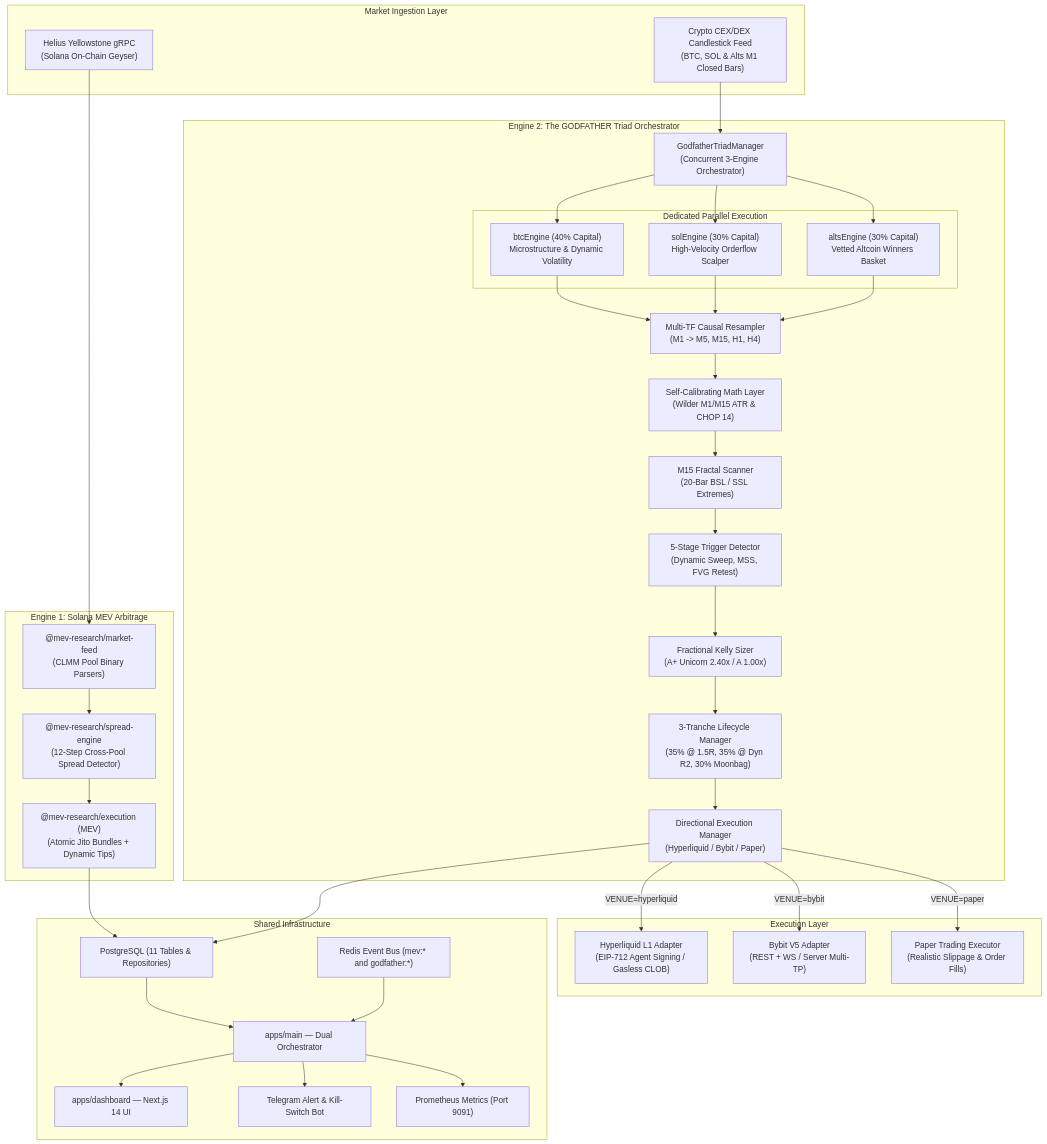
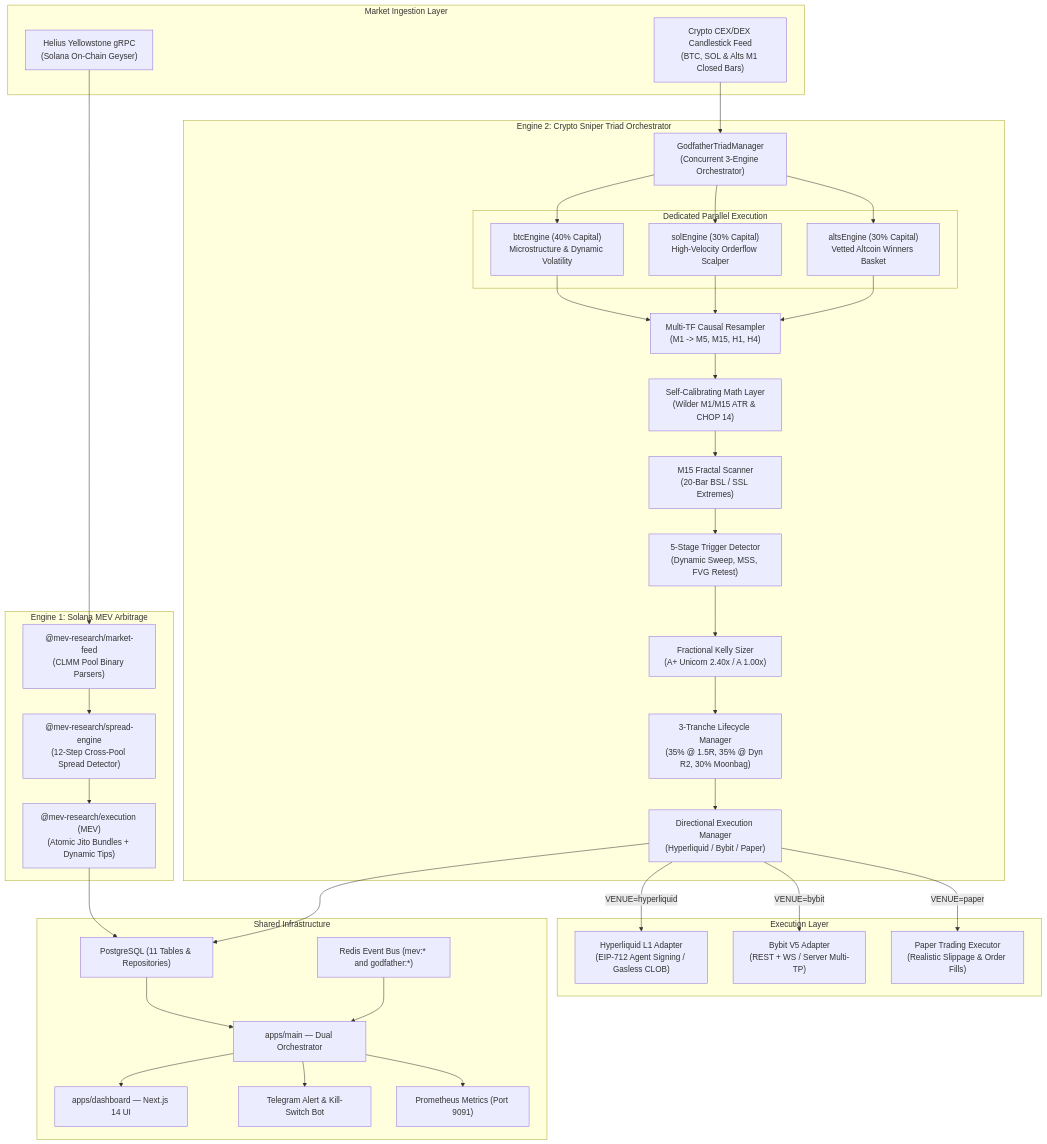
Before and after one commit to techsavvymohan/CryptoSniper: the diagram in README.md, drawn with Mermaid. The commit also changed other lines of this file and 5 other files, not shown here.

Commit message:
docs: rebrand bot title and headings to Crypto Sniper across all markdown documentation

````diff
--- a/README.md
+++ b/README.md
@@ -39,63 +39,63 @@
 ```mermaid
 flowchart TB
   subgraph MarketData [Market Ingestion Layer]
     Helius["Helius Yellowstone gRPC<br/>(Solana On-Chain Geyser)"]
     CryptoWS["Crypto CEX/DEX Candlestick Feed<br/>(BTC, SOL & Alts M1 Closed Bars)"]
   end
 
   subgraph Engine1 [Engine 1: Solana MEV Arbitrage]
     MarketFeed["@mev-research/market-feed<br/>(CLMM Pool Binary Parsers)"]
     SpreadEngine["@mev-research/spread-engine<br/>(12-Step Cross-Pool Spread Detector)"]
     JitoExec["@mev-research/execution (MEV)<br/>(Atomic Jito Bundles + Dynamic Tips)"]
   end
 
-  subgraph Engine2 [Engine 2: The GODFATHER Triad Orchestrator]
+  subgraph Engine2 [Engine 2: Crypto Sniper Triad Orchestrator]
     TriadMgr["GodfatherTriadManager<br/>(Concurrent 3-Engine Orchestrator)"]
     subgraph ParallelEngines [Dedicated Parallel Execution]
       BtcEng["btcEngine (40% Capital)<br/>Microstructure & Dynamic Volatility"]
       SolEng["solEngine (30% Capital)<br/>High-Velocity Orderflow Scalper"]
       AltsEng["altsEngine (30% Capital)<br/>Vetted Altcoin Winners Basket"]
     end
     CandleAgg["Multi-TF Causal Resampler<br/>(M1 -> M5, M15, H1, H4)"]
     DynamicQuant["Self-Calibrating Math Layer<br/>(Wilder M1/M15 ATR & CHOP 14)"]
     StructureDetector["M15 Fractal Scanner<br/>(20-Bar BSL / SSL Extremes)"]
     TriggerEngine["5-Stage Trigger Detector<br/>(Dynamic Sweep, MSS, FVG Retest)"]
     RiskSizer["Fractional Kelly Sizer<br/>(A+ Unicorn 2.40x / A 1.00x)"]
     TrancheManager["3-Tranche Lifecycle Manager<br/>(35% @ 1.5R, 35% @ Dyn R2, 30% Moonbag)"]
     ExecRouter["Directional Execution Manager<br/>(Hyperliquid / Bybit / Paper)"]
   end
 
   subgraph ExecutionVenues [Execution Layer]
     HL["Hyperliquid L1 Adapter<br/>(EIP-712 Agent Signing / Gasless CLOB)"]
     Bybit["Bybit V5 Adapter<br/>(REST + WS / Server Multi-TP)"]
     Paper["Paper Trading Executor<br/>(Realistic Slippage & Order Fills)"]
   end
 
   subgraph Infra [Shared Infrastructure]
     DB["PostgreSQL (11 Tables & Repositories)"]
     Redis["Redis Event Bus (mev:* and godfather:*)"]
     Main["apps/main — Dual Orchestrator"]
     Dashboard["apps/dashboard — Next.js 14 UI"]
     TG["Telegram Alert & Kill-Switch Bot"]
     Prom["Prometheus Metrics (Port 9091)"]
   end
 
   %% Flow Engine 1
   Helius --> MarketFeed --> SpreadEngine --> JitoExec
   %% Flow Engine 2
   CryptoWS --> TriadMgr
   TriadMgr --> BtcEng & SolEng & AltsEng
   BtcEng & SolEng & AltsEng --> CandleAgg --> DynamicQuant --> StructureDetector --> TriggerEngine --> RiskSizer --> TrancheManager --> ExecRouter
   ExecRouter -->|VENUE=hyperliquid| HL
   ExecRouter -->|VENUE=bybit| Bybit
   ExecRouter -->|VENUE=paper| Paper
 
   %% Shared links
   JitoExec --> DB
   ExecRouter --> DB
   DB --> Main
   Redis --> Main
   Main --> Dashboard
   Main --> TG
   Main --> Prom
 ```
````
